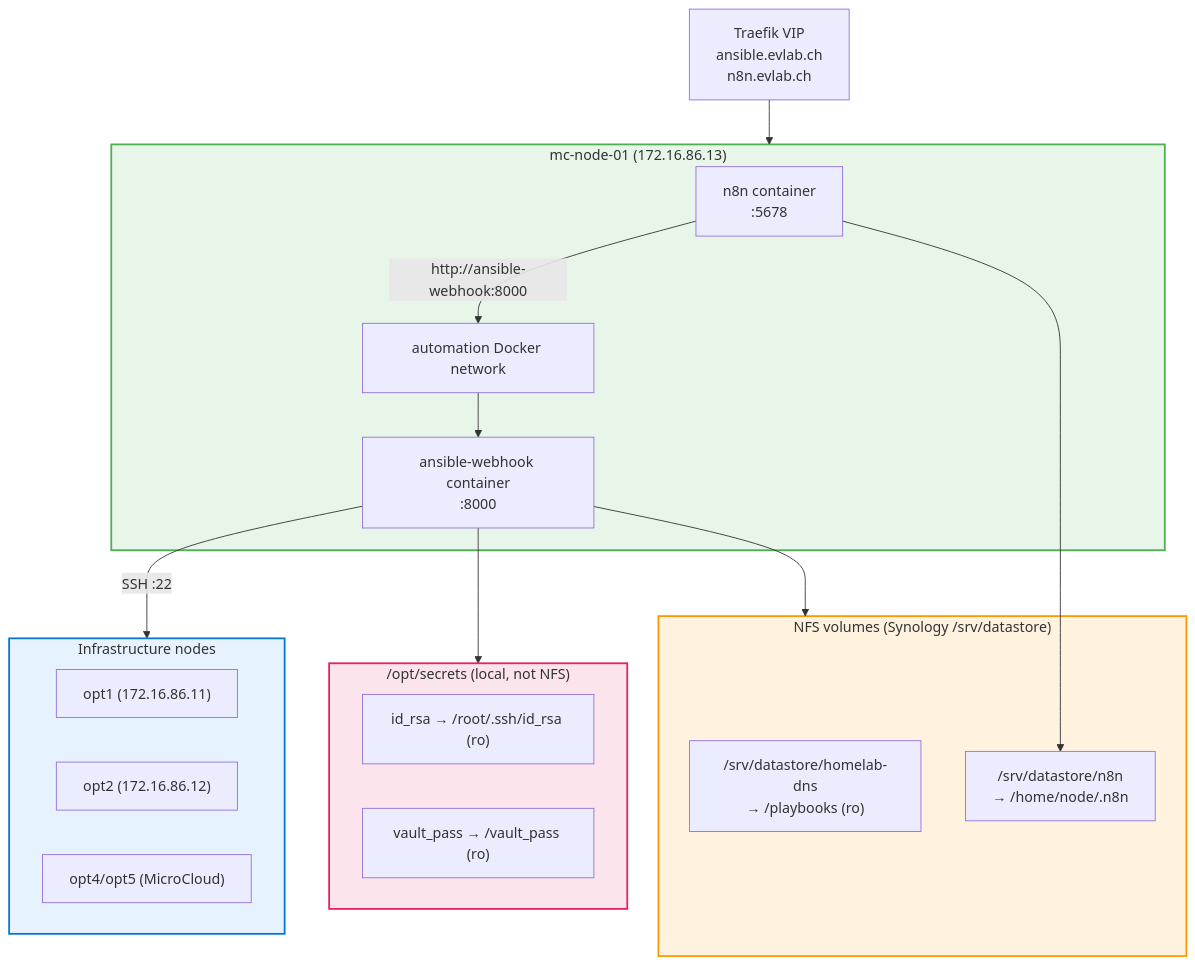
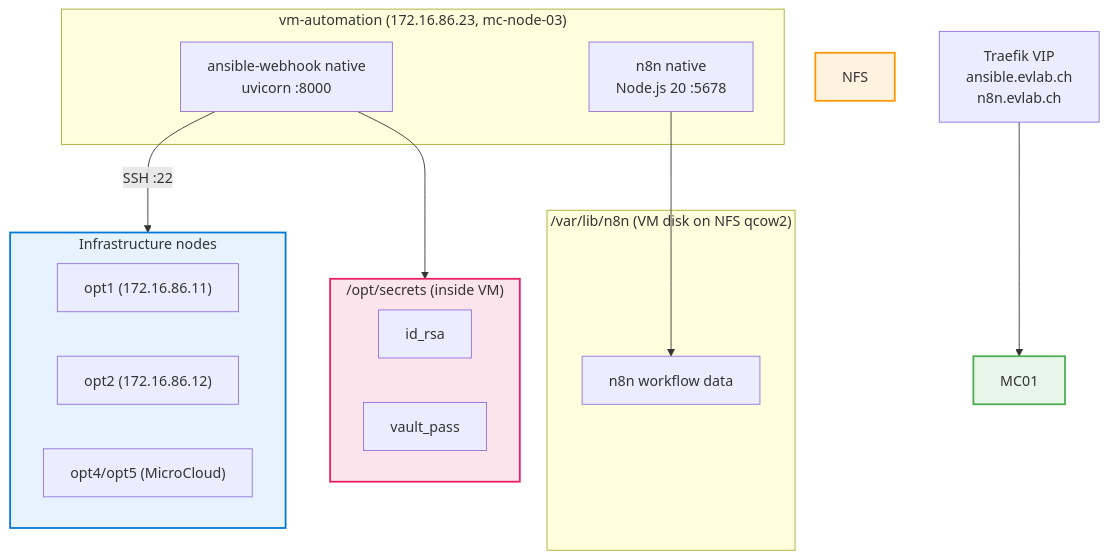
One commit to fjacquet/homelab-dns changed the second of 2 diagrams in docs/adr/adr-015-ansible-webhook-engine.md. Above: the diagram before and after it, drawn with Mermaid. The commit also changed 18 other files, not shown here.

````diff
--- a/docs/adr/adr-015-ansible-webhook-engine.md
+++ b/docs/adr/adr-015-ansible-webhook-engine.md
@@ -49,39 +49,34 @@
 ```mermaid
 graph TD
-    subgraph MC01["mc-node-01 (172.16.86.13)"]
-        N8N["n8n container\n:5678"]
-        AW["ansible-webhook container\n:8000"]
-        NET["automation Docker network"]
-        N8N -->|"http://ansible-webhook:8000"| NET
-        NET --> AW
+    subgraph VM_AUTO["vm-automation (172.16.86.23, mc-node-03)"]
+        N8N["n8n native\nNode.js 20 :5678"]
+        AW["ansible-webhook native\nuvicorn :8000"]
     end
 
-    subgraph NFS["NFS volumes (Synology /srv/datastore)"]
-        REPO["/srv/datastore/homelab-dns\n→ /playbooks (ro)"]
-        N8NDATA["/srv/datastore/n8n\n→ /home/node/.n8n"]
+    subgraph VM_DATA["/var/lib/n8n (VM disk on NFS qcow2)"]
+        N8NDATA["n8n workflow data"]
     end
 
-    subgraph Local["/opt/secrets (local, not NFS)"]
-        SSH["id_rsa → /root/.ssh/id_rsa (ro)"]
-        VAULT["vault_pass → /vault_pass (ro)"]
+    subgraph Local["/opt/secrets (inside VM)"]
+        SSH["id_rsa"]
+        VAULT["vault_pass"]
     end
 
-    AW --> NFS
     AW --> Local
     N8N --> N8NDATA
 
     subgraph Infra["Infrastructure nodes"]
         OPT1["opt1 (172.16.86.11)"]
         OPT2["opt2 (172.16.86.12)"]
         MCC["opt4/opt5 (MicroCloud)"]
     end
 
     AW -->|SSH :22| Infra
 
     TRAEFIK["Traefik VIP\nansible.evlab.ch\nn8n.evlab.ch"] --> MC01
 
     style MC01 fill:#e8f5e9,stroke:#4caf50,stroke-width:2px
     style NFS fill:#fff3e0,stroke:#ff9800,stroke-width:2px
     style Local fill:#fce4ec,stroke:#e91e63,stroke-width:2px
     style Infra fill:#e6f3ff,stroke:#0078D4,stroke-width:2px
 ```
````
